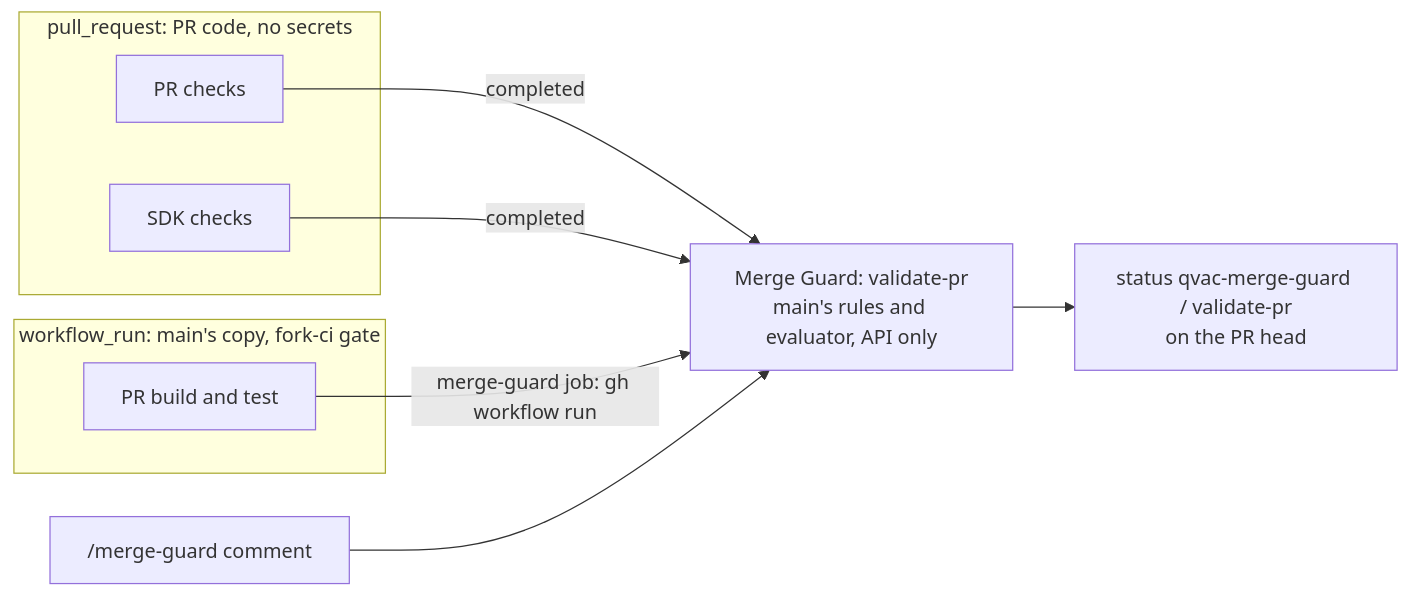
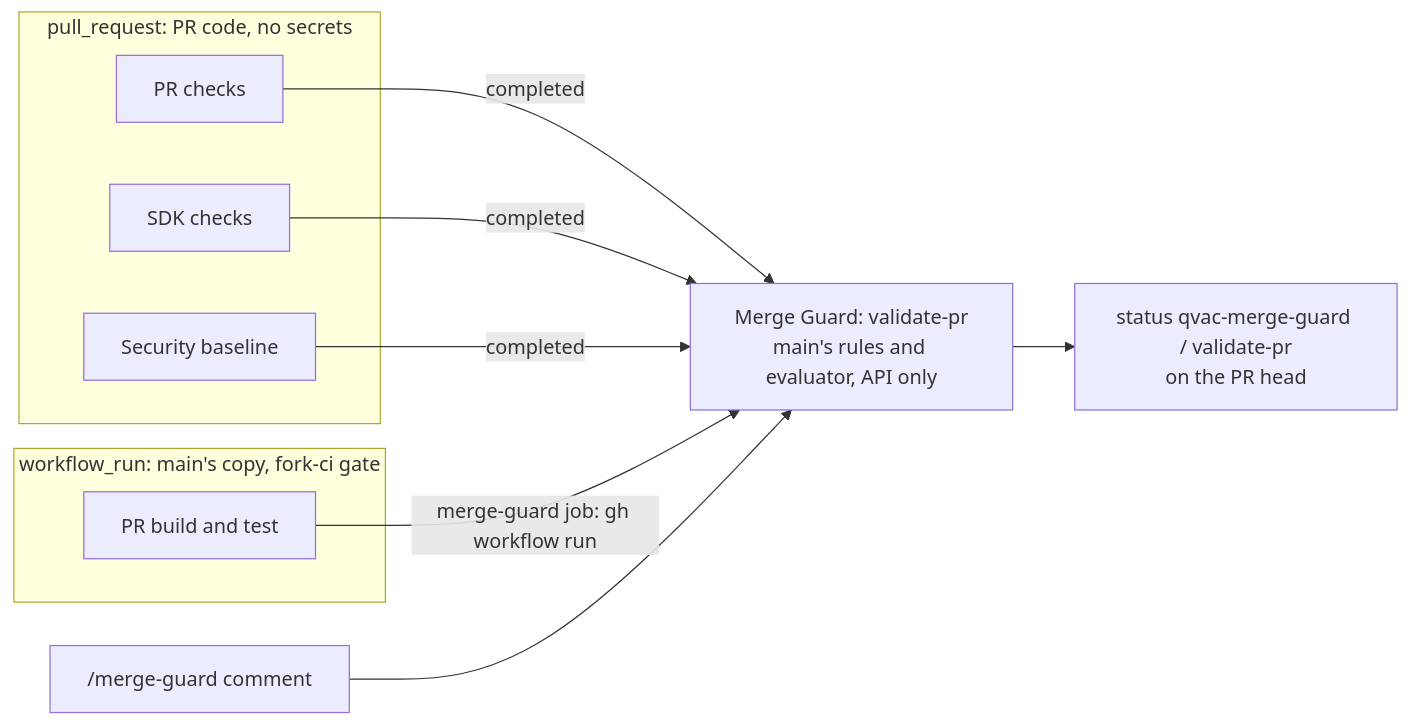
Before and after one commit to tetherto/qvac: the diagram in docs/ci/MERGE-GUARD.md, drawn with Mermaid. The commit also changed other lines of this file and 4 other files, not shown here.

````diff
--- a/docs/ci/MERGE-GUARD.md
+++ b/docs/ci/MERGE-GUARD.md
@@ -7,15 +7,17 @@
 ```mermaid
 flowchart LR
   subgraph PR["pull_request: PR code, no secrets"]
     PC[PR checks]
     SC[SDK checks]
+    SB[Security baseline]
   end
   subgraph WR["workflow_run: main's copy, fork-ci gate"]
     BT[PR build and test]
   end
   PC -- completed --> G
   SC -- completed --> G
+  SB -- completed --> G
   BT -- "merge-guard job: gh workflow run" --> G
   C["/merge-guard comment"] --> G
   G["Merge Guard: validate-pr<br/>main's rules and evaluator, API only"] --> S["status qvac-merge-guard / validate-pr<br/>on the PR head"]
 ```
````
